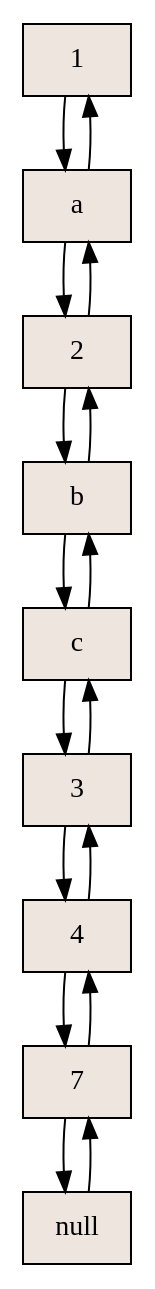
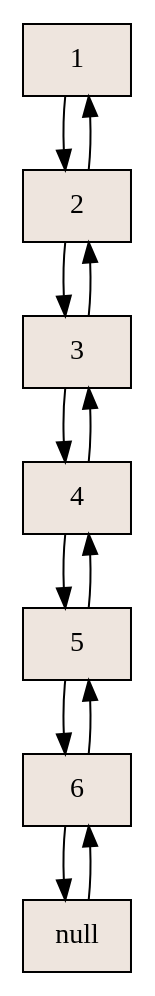
Before and after one commit to erickcontreras12/ProyectoFinal_PrograAvanzada2017: the diagram in aux_grafico1.dot, drawn with Graphviz. The commit also changed 5 other files, not shown here.

```diff
--- a/aux_grafico1.dot
+++ b/aux_grafico1.dot
@@ -1,29 +1,23 @@
 digraph grafica{
 rankdir=TB;
 node [shape = record, style=filled, fillcolor=seashell2];
 nodo1 [ label ="1"];
-nodoa [ label ="a"];
 nodo2 [ label ="2"];
-nodob [ label ="b"];
-nodoc [ label ="c"];
 nodo3 [ label ="3"];
 nodo4 [ label ="4"];
-nodo7 [ label ="7"];
+nodo5 [ label ="5"];
+nodo6 [ label ="6"];
 nodonull [ label ="null"];
-nodo7->nodonull
-nodonull->nodo7
-nodo4->nodo7
-nodo7->nodo4
+nodo6->nodonull
+nodonull->nodo6
+nodo5->nodo6
+nodo6->nodo5
+nodo4->nodo5
+nodo5->nodo4
 nodo3->nodo4
 nodo4->nodo3
-nodoc->nodo3
-nodo3->nodoc
-nodob->nodoc
-nodoc->nodob
-nodo2->nodob
-nodob->nodo2
-nodoa->nodo2
-nodo2->nodoa
-nodo1->nodoa
-nodoa->nodo1
+nodo2->nodo3
+nodo3->nodo2
+nodo1->nodo2
+nodo2->nodo1
 }
```
